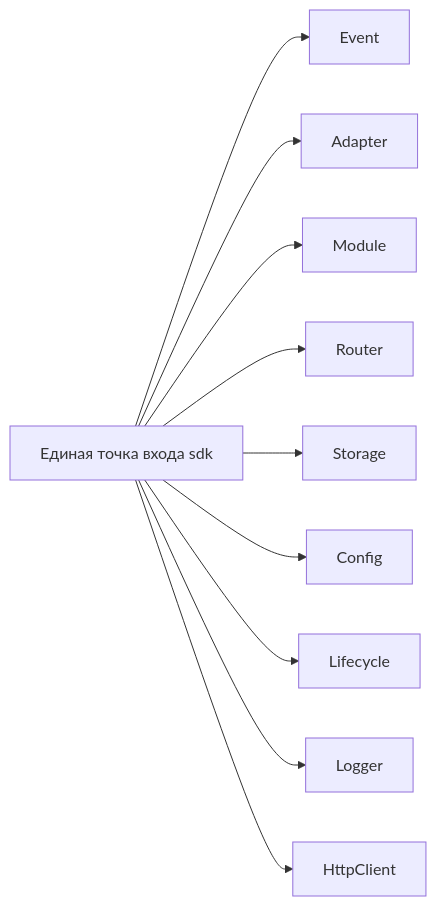
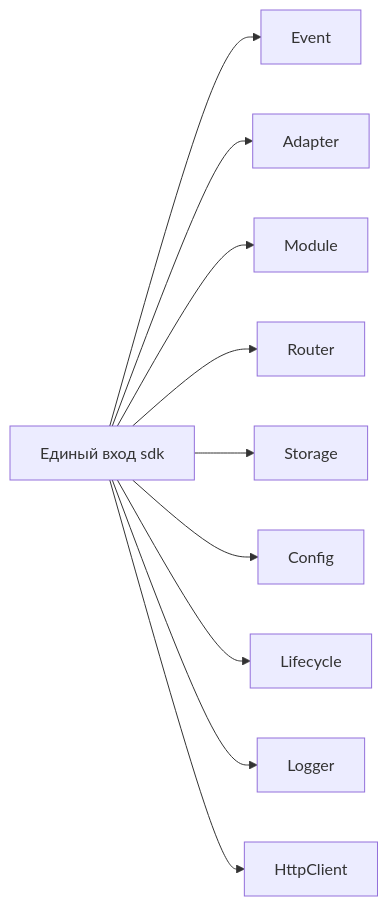
Before and after one commit to ErisPulse/ErisPulse: the second of 2 diagrams in README.ru.md, drawn with Mermaid. The commit also changed other lines of this file and 10 other files, not shown here.

````diff
--- a/README.ru.md
+++ b/README.ru.md
@@ -434,5 +434,5 @@
 ```mermaid
 graph LR
-    SDK["Единая точка входа sdk"] --> Event & Adapter & Module & Router & Storage
+    SDK["Единый вход sdk"] --> Event & Adapter & Module & Router & Storage
     SDK --> Config & Lifecycle & Logger & HttpClient
 ```
````
